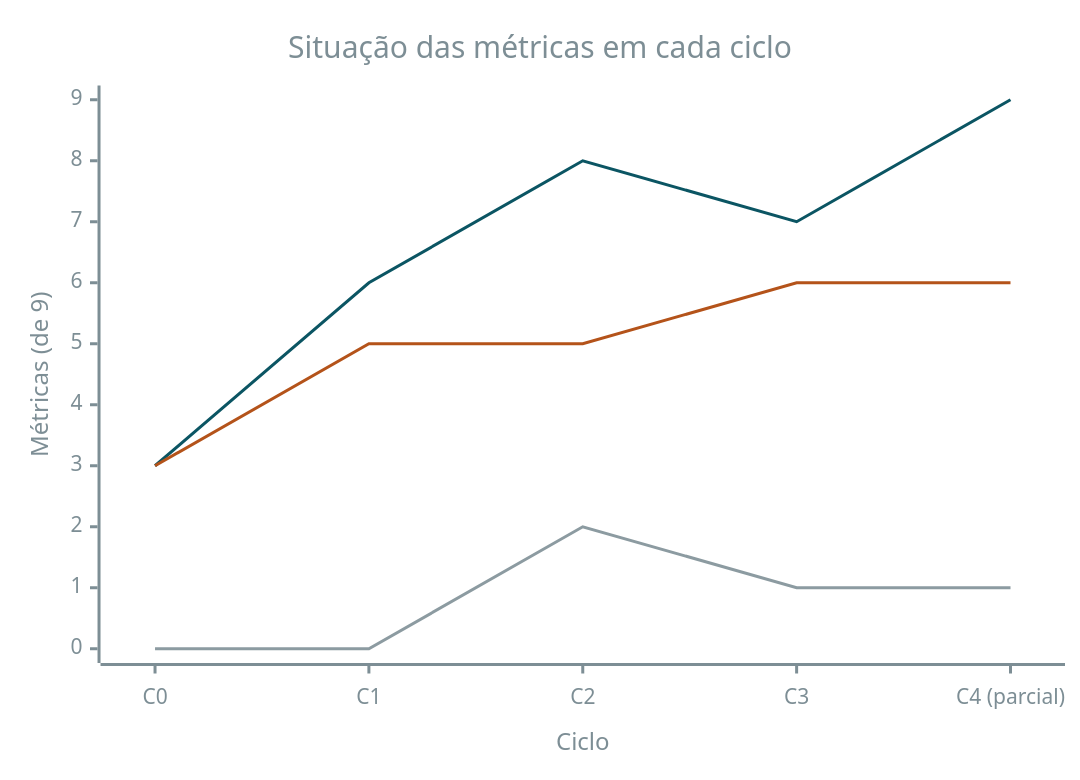
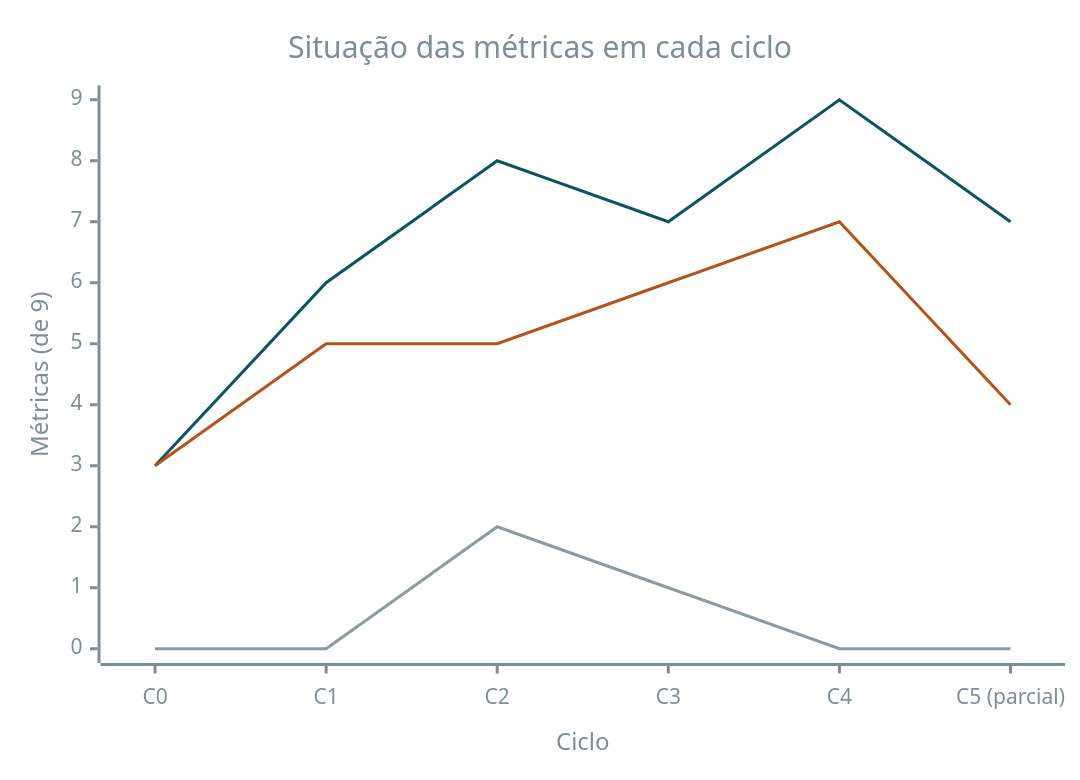
One commit to FCTE-Qualidade-de-Software-1/2026-2_T02_FRANCES_ALLEN changed diagram 22 of 29 in docs/gestao/registro-de-medicoes.md. Above: the diagram before and after it, drawn with Mermaid. The commit also changed other lines of this file and 2 other files, not shown here.

First line of the commit message:
PSM: fechamento do ciclo 4 e coleta parcial do ciclo 5

````diff
--- a/docs/gestao/registro-de-medicoes.md
+++ b/docs/gestao/registro-de-medicoes.md
@@ -668,25 +863,25 @@
 ```mermaid
 ---
 config:
   themeVariables:
     xyChart:
       plotColorPalette: "#0B5563, #B4531A, #8C9BA1"
       titleColor: "#7D8E95"
       xAxisLabelColor: "#7D8E95"
       xAxisTitleColor: "#7D8E95"
       xAxisLineColor: "#7D8E95"
       xAxisTickColor: "#7D8E95"
       yAxisLabelColor: "#7D8E95"
       yAxisTitleColor: "#7D8E95"
       yAxisLineColor: "#7D8E95"
       yAxisTickColor: "#7D8E95"
       backgroundColor: "transparent"
 ---
 xychart-beta
     title "Situação das métricas em cada ciclo"
-    x-axis "Ciclo" ["C0", "C1", "C2", "C3", "C4 (parcial)"]
+    x-axis "Ciclo" ["C0", "C1", "C2", "C3", "C4", "C5 (parcial)"]
     y-axis "Métricas (de 9)" 0 --> 9
-    line [3, 6, 8, 7, 9]
-    line [3, 5, 5, 6, 6]
-    line [0, 0, 2, 1, 1]
+    line [3, 6, 8, 7, 9, 7]
+    line [3, 5, 5, 6, 7, 4]
+    line [0, 0, 2, 1, 0, 0]
 ```
````
